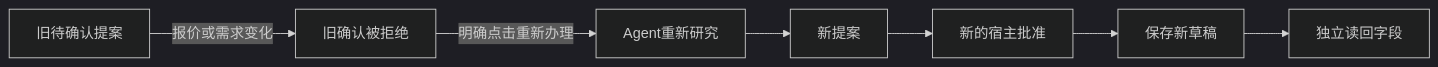
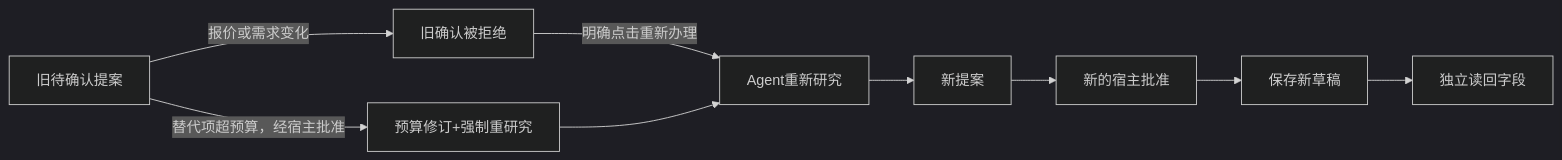
One commit to prettygirlisnotme/TraceShop changed the second of 2 diagrams in docs/HANDOFF.md. Above: the diagram before and after it, drawn with Mermaid (dark theme). The commit also changed other lines of this file and 29 other files, not shown here.

````diff
--- a/docs/HANDOFF.md
+++ b/docs/HANDOFF.md
@@ -63,9 +71,11 @@
 ```mermaid
 flowchart LR
   O[旧待确认提案] -->|报价或需求变化| S[旧确认被拒绝]
   S -->|明确点击重新办理| R[Agent重新研究]
   R --> N[新提案]
   N --> H[新的宿主批准]
   H --> W[保存新草稿]
   W --> V[独立读回字段]
+  O -->|替代项超预算，经宿主批准| B[预算修订+强制重研究]
+  B --> R
 ```
````
